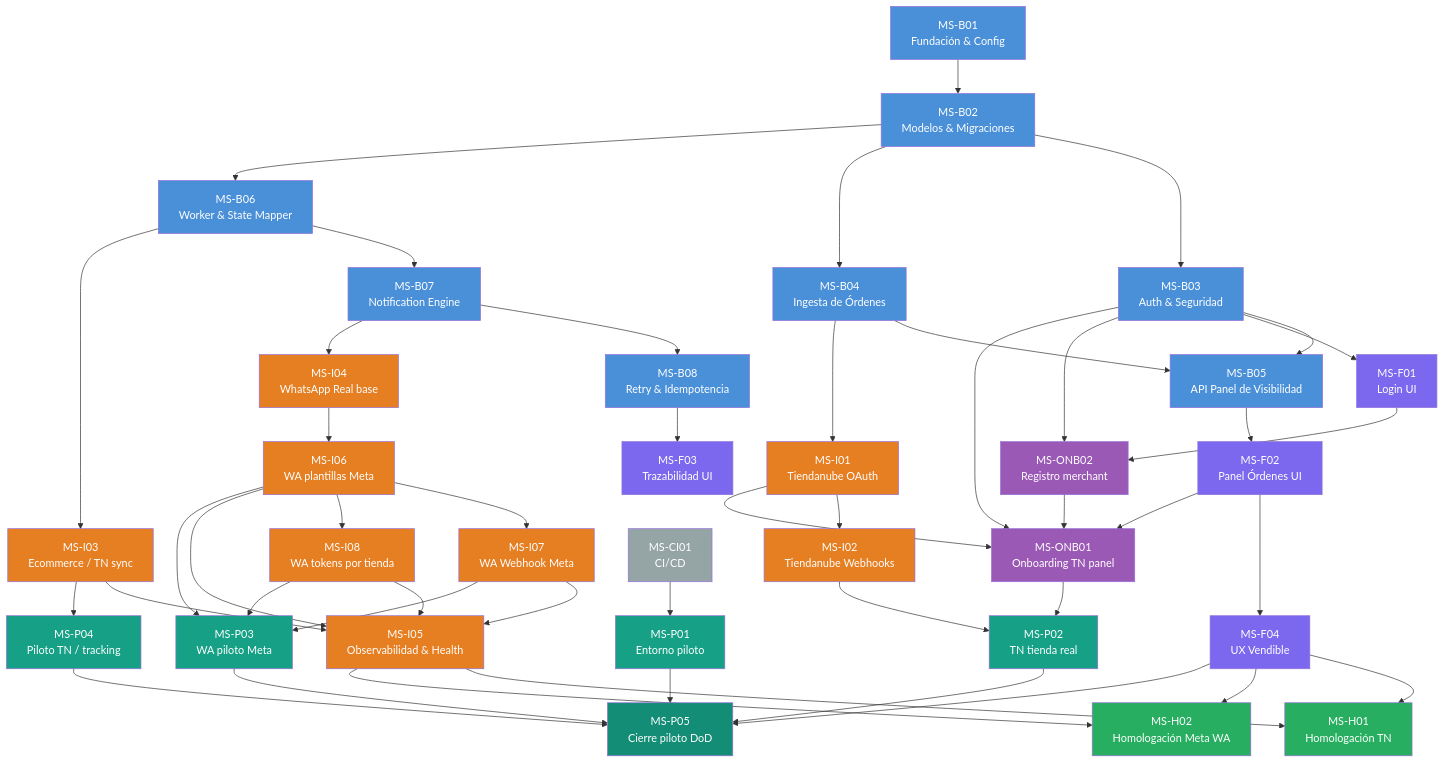
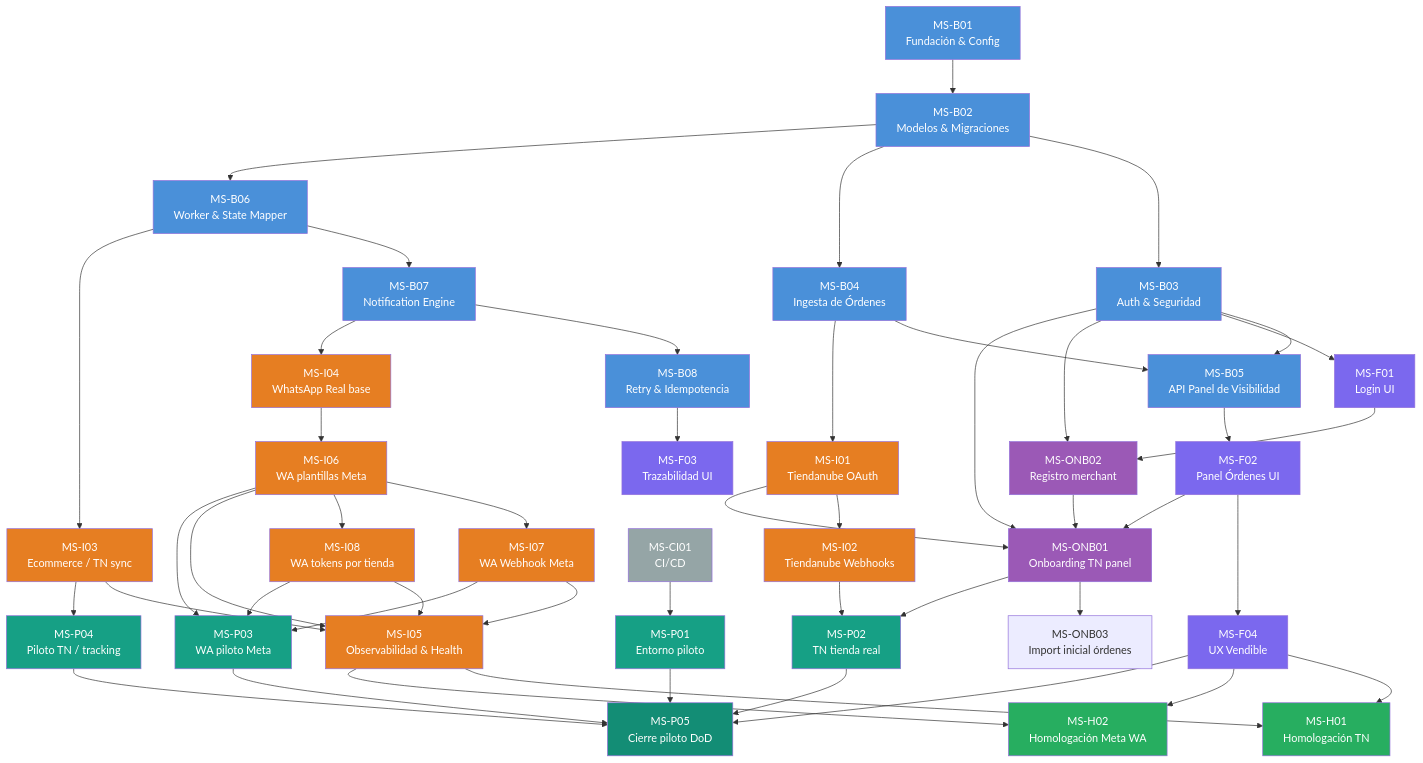
One commit to lbertalot/whatsapp-tracking-assistant changed the diagram in docs/MILESTONES.md. Above: the diagram before and after it, drawn with Mermaid. The commit also changed other lines of this file and 12 other files, not shown here.

First line of the commit message:
feat(onboarding): MS-ONB03 initial Tiendanube orders import (up to 100)

```diff
--- a/docs/MILESTONES.md
+++ b/docs/MILESTONES.md
@@ -43,6 +43,7 @@
     F01 --> ONB02[MS-ONB02<br>Registro merchant]
     B03 --> ONB02
     ONB02 --> ONB01[MS-ONB01<br>Onboarding TN panel]
+    ONB01 --> ONB03[MS-ONB03<br>Import inicial órdenes]
     F02 --> ONB01
     I01 --> ONB01
     B03 --> ONB01
```
